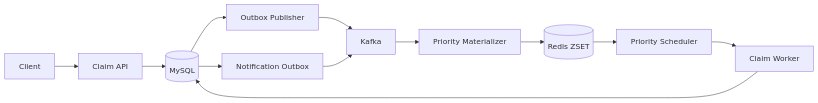
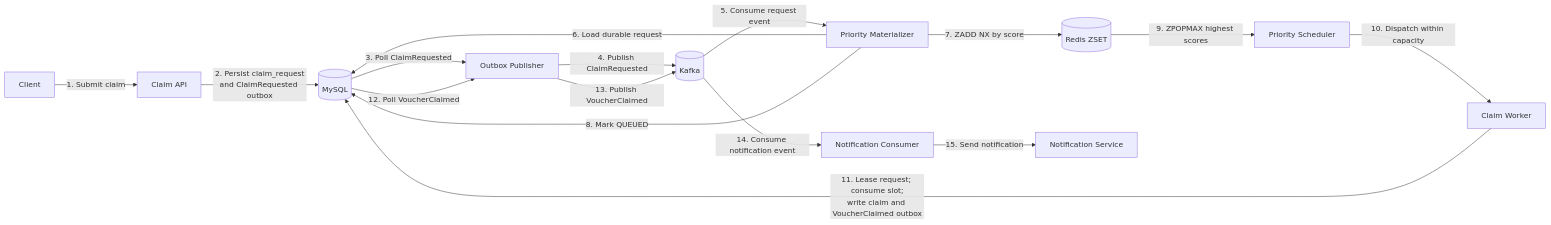
The diagram in README.md (PhamDinhDuy-2508/Voucher-claim-system), drawn with Mermaid before and after one commit. The commit also changed other lines of this file, not shown here.

Commit message:
Number the README claim lifecycle flow

````diff
--- a/README.md
+++ b/README.md
@@ -42,14 +42,18 @@
 ```mermaid
 flowchart LR
-    C[Client] --> A[Claim API]
-    A --> DB[(MySQL)]
-    DB --> O[Outbox Publisher]
-    O --> K[Kafka]
-    K --> P[Priority Materializer]
-    P --> R[(Redis ZSET)]
-    R --> S[Priority Scheduler]
-    S --> W[Claim Worker]
-    W --> DB
-    DB --> N[Notification Outbox]
-    N --> K
+    C[Client] -->|1. Submit claim| API[Claim API]
+    API -->|2. Persist claim_request<br/>and ClaimRequested outbox| DB[(MySQL)]
+    DB -->|3. Poll ClaimRequested| OP[Outbox Publisher]
+    OP -->|4. Publish ClaimRequested| K[(Kafka)]
+    K -->|5. Consume request event| PM[Priority Materializer]
+    PM -->|6. Load durable request| DB
+    PM -->|7. ZADD NX by score| R[(Redis ZSET)]
+    PM -->|8. Mark QUEUED| DB
+    R -->|9. ZPOPMAX highest scores| PS[Priority Scheduler]
+    PS -->|10. Dispatch within capacity| CW[Claim Worker]
+    CW -->|11. Lease request; consume slot;<br/>write claim and VoucherClaimed outbox| DB
+    DB -->|12. Poll VoucherClaimed| OP
+    OP -->|13. Publish VoucherClaimed| K
+    K -->|14. Consume notification event| NC[Notification Consumer]
+    NC -->|15. Send notification| NS[Notification Service]
 ```
````
